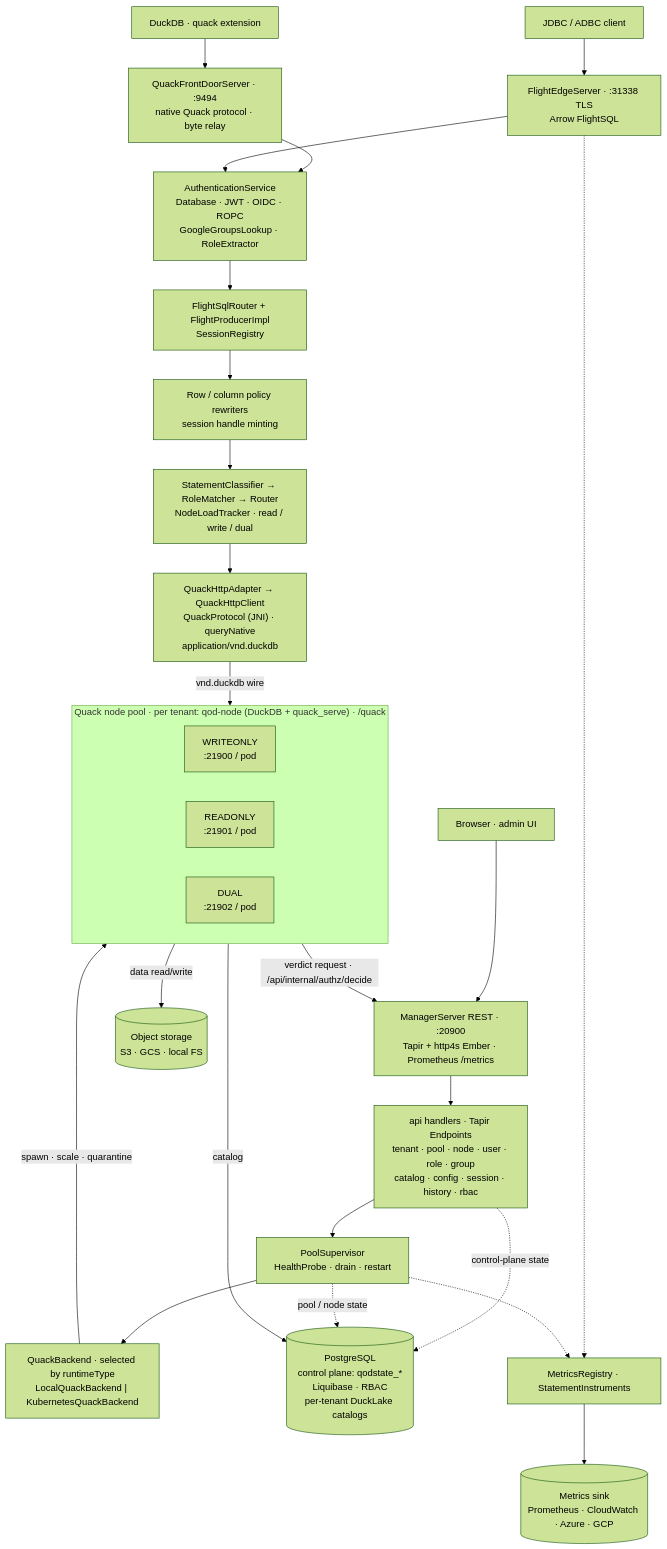
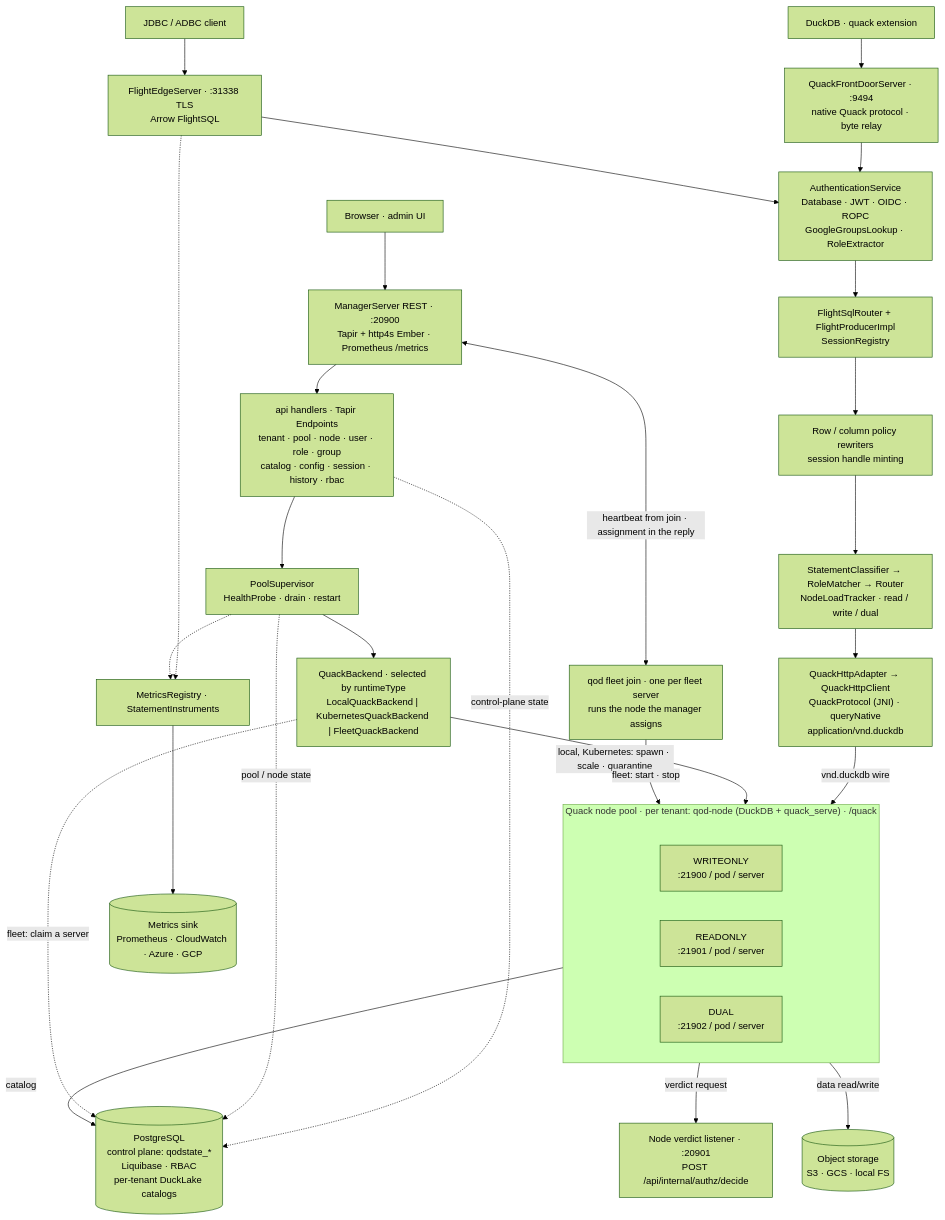
The diagram in qod_versioned_docs/version-0.12.1/concepts/architecture.md (starlake-ai/starlake-docs), drawn with Mermaid (forest theme) before and after one commit. The commit also changed other lines of this file and 3 other files, not shown here.

First line of the commit message:
docs(qod): show the fleet runtime in the architecture diagrams

````diff
--- a/qod_versioned_docs/version-0.12.1/concepts/architecture.md
+++ b/qod_versioned_docs/version-0.12.1/concepts/architecture.md
@@ -47,59 +47,67 @@
 ```mermaid
+%%{init: {"flowchart": {"subGraphTitleMargin": {"top": 0, "bottom": 34}}}}%%
 flowchart TD
     C1["JDBC / ADBC client"]
     C2["Browser · admin UI"]
     C3["DuckDB · quack extension"]
 
     EDGE["FlightEdgeServer · :31338 TLS<br/>Arrow FlightSQL"]
     QUACK["QuackFrontDoorServer · :9494<br/>native Quack protocol · byte relay"]
     REST["ManagerServer REST · :20900<br/>Tapir + http4s Ember · Prometheus /metrics"]
 
     C1 --> EDGE
     C3 --> QUACK
     C2 --> REST
     QUACK --> AUTH
 
     %% --- edge data-plane pipeline (native only) ---
     AUTH["AuthenticationService<br/>Database · JWT · OIDC · ROPC<br/>GoogleGroupsLookup · RoleExtractor"]
     FSR["FlightSqlRouter + FlightProducerImpl<br/>SessionRegistry"]
     POL["Row / column policy rewriters<br/>session handle minting"]
     ROUTE["StatementClassifier → RoleMatcher → Router<br/>NodeLoadTracker · read / write / dual"]
     WIRE["QuackHttpAdapter → QuackHttpClient<br/>QuackProtocol (JNI) · queryNative<br/>application/vnd.duckdb"]
 
     EDGE --> AUTH --> FSR --> POL --> ROUTE --> WIRE
 
     %% --- manager control plane ---
     API["api handlers · Tapir Endpoints<br/>tenant · pool · node · user · role · group<br/>catalog · config · session · history · rbac"]
     SUP["PoolSupervisor<br/>HealthProbe · drain · restart"]
-    BK["QuackBackend · selected by runtimeType<br/>LocalQuackBackend | KubernetesQuackBackend"]
+    BK["QuackBackend · selected by runtimeType<br/>LocalQuackBackend | KubernetesQuackBackend | FleetQuackBackend"]
+    VERDICT["Node verdict listener · :20901<br/>POST /api/internal/authz/decide"]
 
     REST --> API --> SUP --> BK
 
     %% --- node pool ---
     subgraph POOL["Quack node pool · per tenant: qod-node (DuckDB + quack_serve) · /quack"]
         direction LR
-        WO["WRITEONLY<br/>:21900 / pod"]
-        RO["READONLY<br/>:21901 / pod"]
-        DU["DUAL<br/>:21902 / pod"]
+        WO["WRITEONLY<br/>:21900 / pod / server"]
+        RO["READONLY<br/>:21901 / pod / server"]
+        DU["DUAL<br/>:21902 / pod / server"]
     end
 
     WIRE -->|"vnd.duckdb wire"| POOL
-    POOL -->|"verdict request · /api/internal/authz/decide"| REST
-    BK -->|"spawn · scale · quarantine"| POOL
+    POOL -->|"verdict request"| VERDICT
+    BK -->|"local, Kubernetes: spawn · scale · quarantine"| POOL
 
     %% --- persistence ---
     PG[("PostgreSQL<br/>control plane: qodstate_*<br/>Liquibase · RBAC<br/>per-tenant DuckLake catalogs")]
     OBJ[("Object storage<br/>S3 · GCS · local FS")]
 
     API -.->|control-plane state| PG
     SUP -.->|pool / node state| PG
+    BK -.->|"fleet: claim a server"| PG
     POOL -->|catalog| PG
     POOL -->|data read/write| OBJ
 
     %% --- observability ---
     MET["MetricsRegistry · StatementInstruments"]
     SINK[("Metrics sink<br/>Prometheus · CloudWatch · Azure · GCP")]
     EDGE -.-> MET
     SUP -.-> MET
     MET --> SINK
+
+    %% --- fleet runtime: one join process per server, outside the manager ---
+    JOIN["qod fleet join · one per fleet server<br/>runs the node the manager assigns"]
+    REST <-->|"heartbeat from join · assignment in the reply"| JOIN
+    JOIN -->|"fleet: start · stop"| POOL
 ```
````
